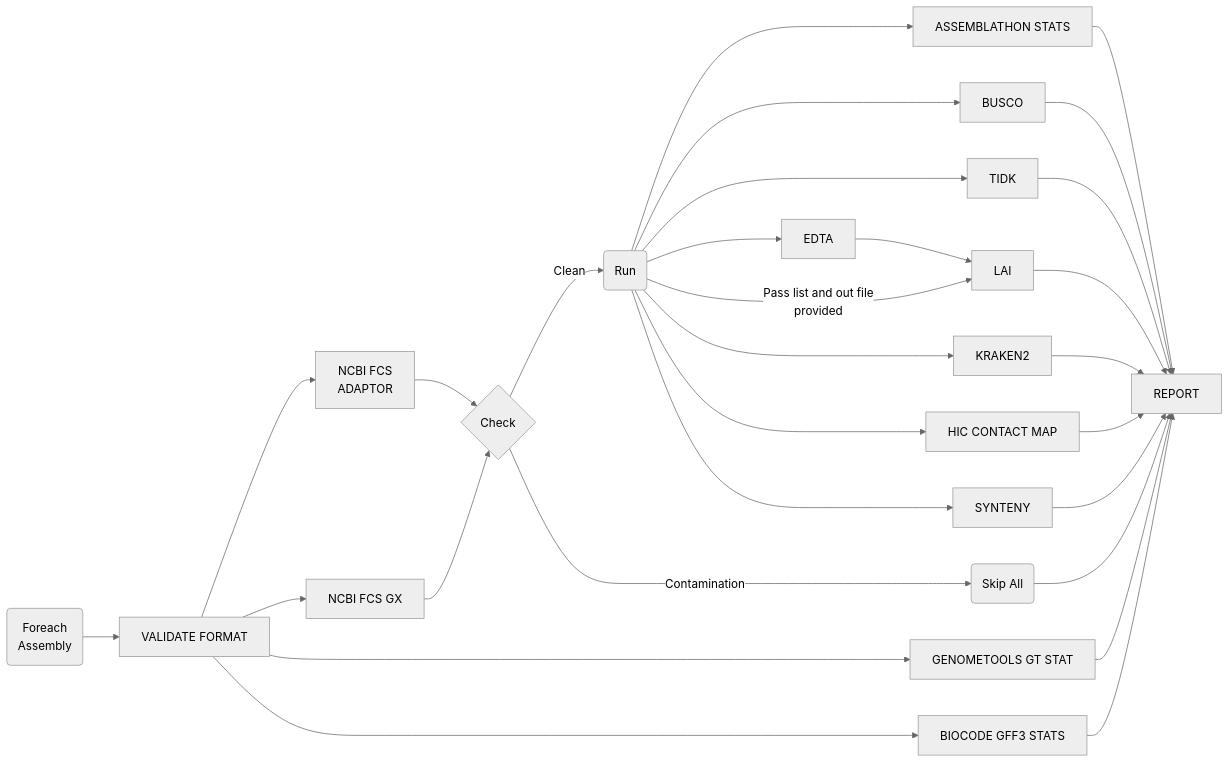
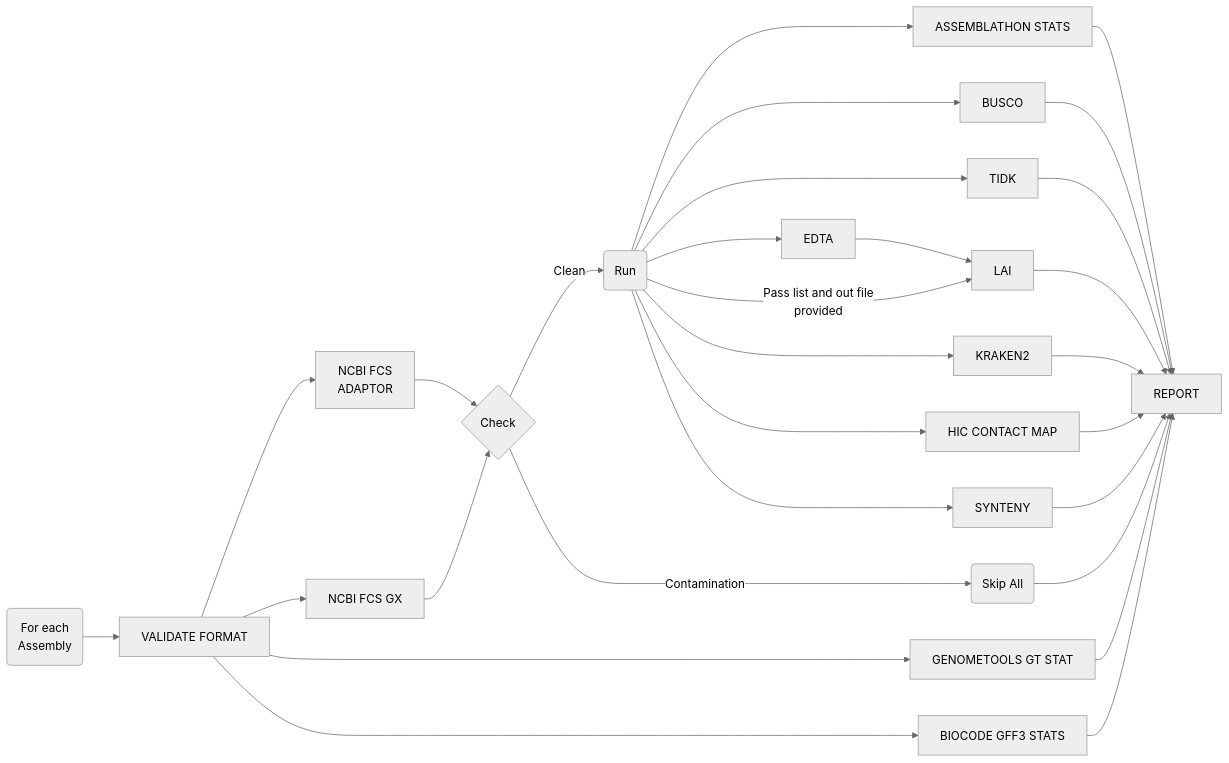
Before and after one commit to Plant-Food-Research-Open/assemblyqc: the diagram in README.md, drawn with Mermaid (neutral theme). The commit also changed other lines of this file and 1 other file, not shown here.

````diff
--- a/README.md
+++ b/README.md
@@ -20,37 +20,37 @@
 ```mermaid
 flowchart LR
-  forEachTag(Foreach\nAssembly) --> VALIDATE_FORMAT[VALIDATE FORMAT]
+  forEachTag(For each\nAssembly) --> VALIDATE_FORMAT[VALIDATE FORMAT]
   
   VALIDATE_FORMAT --> ncbiFCS[NCBI FCS\nADAPTOR]
   ncbiFCS --> Check{Check}
 
   VALIDATE_FORMAT --> ncbiGX[NCBI FCS GX]
   ncbiGX --> Check
   Check --> |Clean|Run(Run)
 
   Check --> |Contamination|Skip(Skip All)
   Skip --> REPORT
 
   VALIDATE_FORMAT --> GFF_STATS[GENOMETOOLS GT STAT]
   VALIDATE_FORMAT --> GFF_STATS_II[BIOCODE GFF3 STATS]
   
   Run --> ASS_STATS[ASSEMBLATHON STATS]
   Run --> BUSCO
   Run --> TIDK
   Run --> EDTA
   EDTA --> LAI
   Run --> |Pass list and out file\nprovided|LAI
   Run --> KRAKEN2
   Run --> HIC_CONTACT_MAP[HIC CONTACT MAP]
   Run --> SYNTENY
 
   ASS_STATS --> REPORT
   GFF_STATS --> REPORT
   GFF_STATS_II --> REPORT
   BUSCO --> REPORT
   TIDK --> REPORT
   LAI --> REPORT
   KRAKEN2 --> REPORT
   HIC_CONTACT_MAP --> REPORT
   SYNTENY --> REPORT
 ```
````
